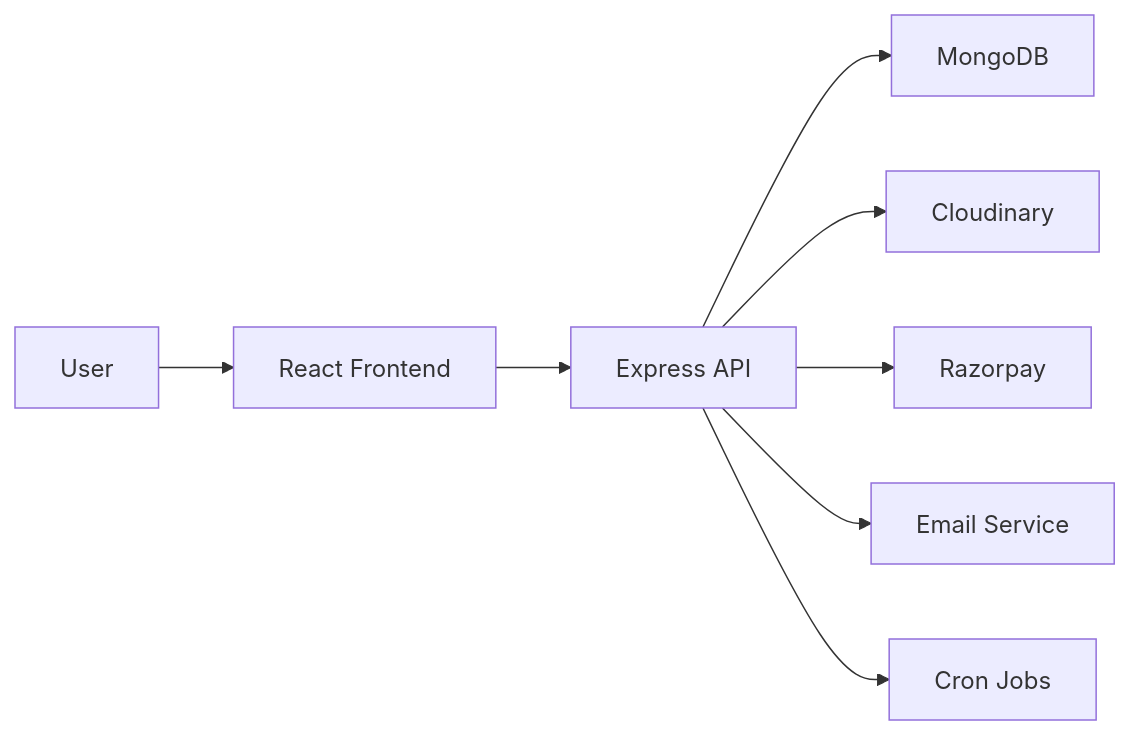
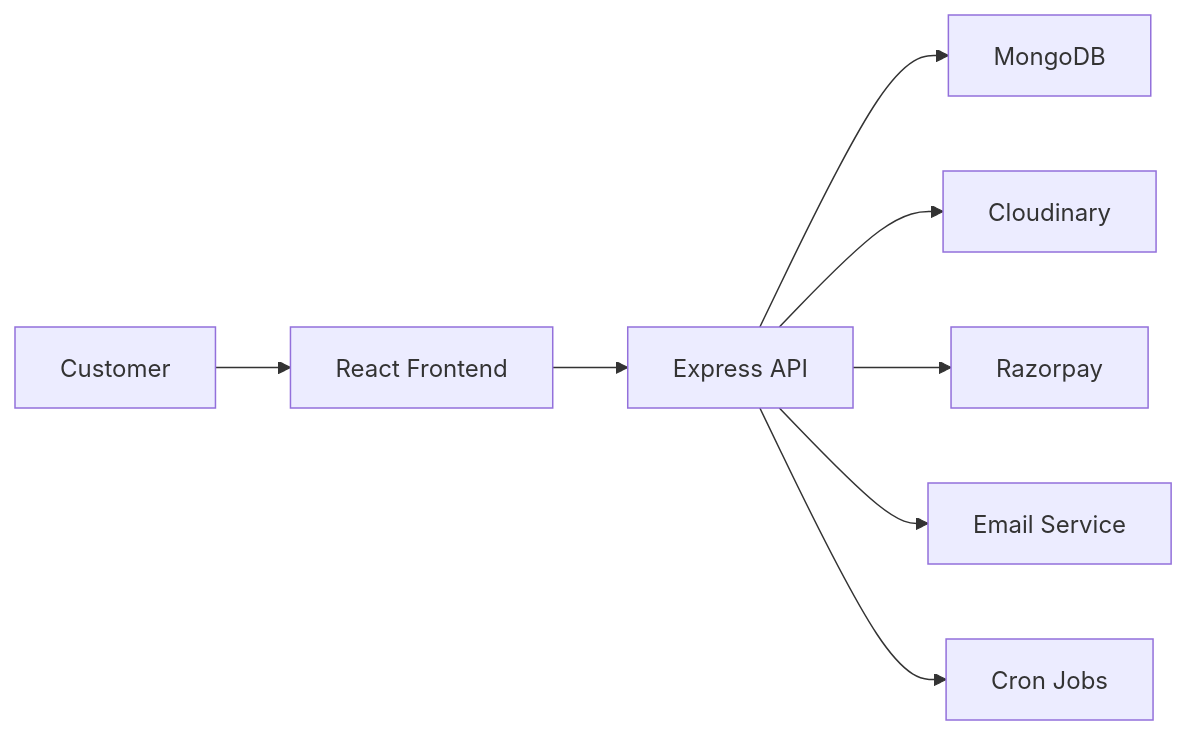
One commit to lokanathmeher19/BARESKIN changed the diagram in README.md. Above: the diagram before and after it, drawn with Mermaid. The commit also changed other lines of this file, not shown here.

````diff
--- a/README.md
+++ b/README.md
@@ -33,10 +33,10 @@
 ```mermaid
 flowchart LR
-    A[User] --> B[React Frontend]
+    A[Customer] --> B[React Frontend]
     B --> C[Express API]
     C --> D[MongoDB]
     C --> E[Cloudinary]
     C --> F[Razorpay]
     C --> G[Email Service]
     C --> H[Cron Jobs]
 ```
````
